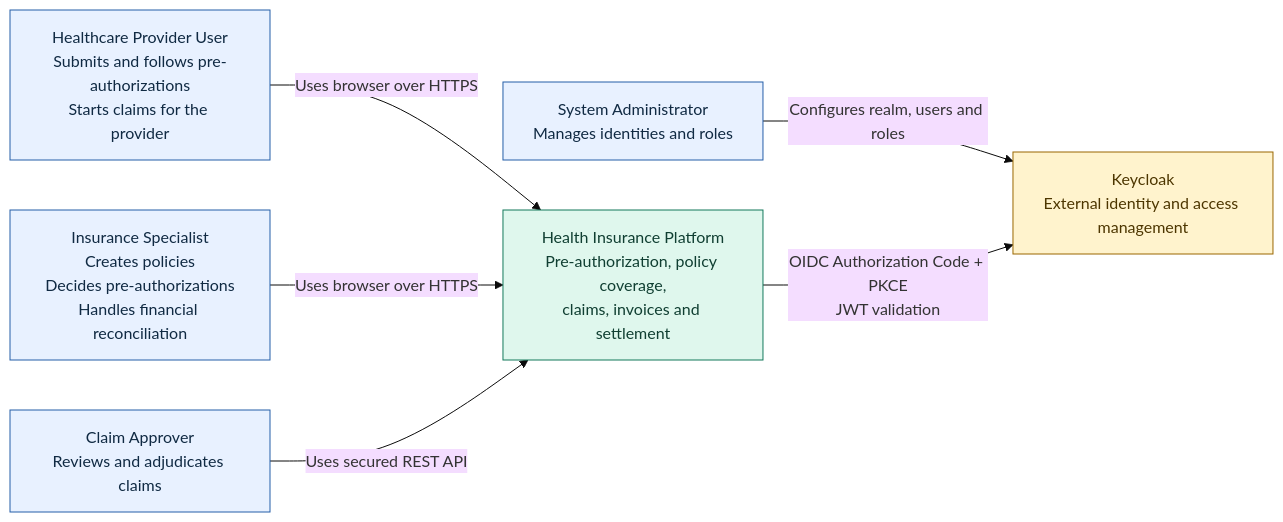
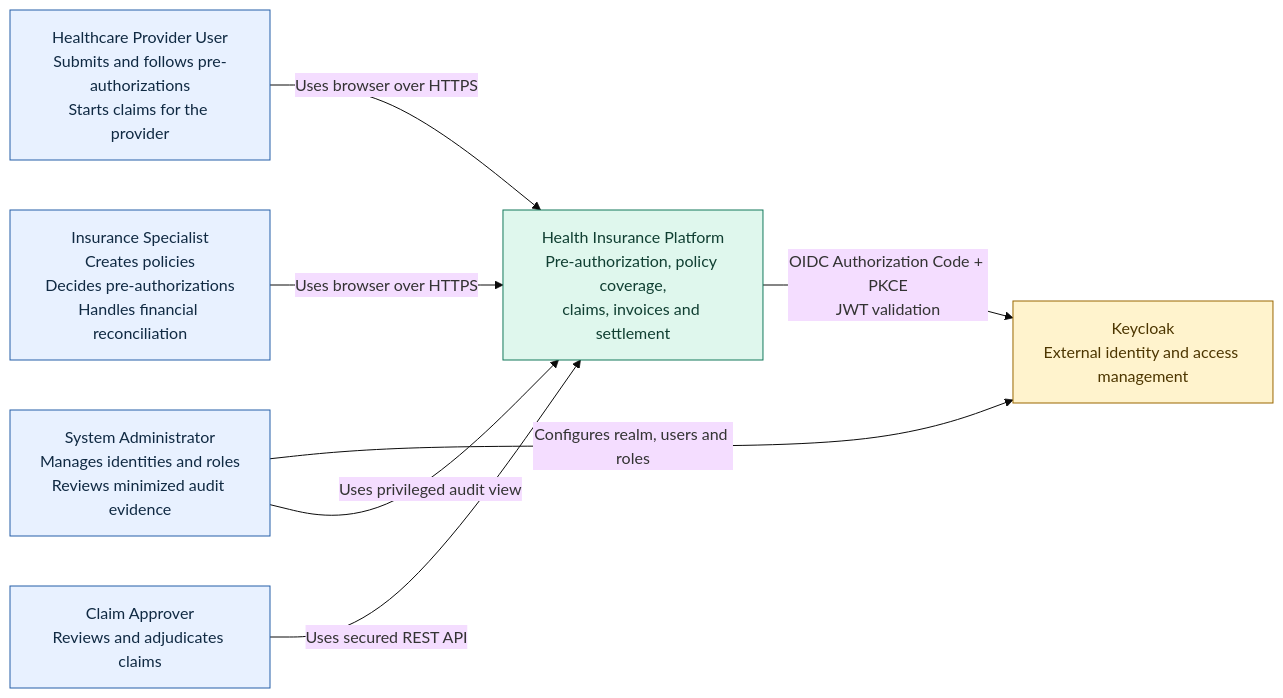
One commit to aydindemir1/health-insurance-platform changed the diagram in docs/architecture/c4-context.md. Above: the diagram before and after it, drawn with Mermaid (base theme). The commit also changed other lines of this file and 12 other files, not shown here.

````diff
--- a/docs/architecture/c4-context.md
+++ b/docs/architecture/c4-context.md
@@ -7,23 +6,24 @@
 ```mermaid
 flowchart LR
     HU["Healthcare Provider User<br/>Submits and follows pre-authorizations<br/>Starts claims for the provider"]
     IS["Insurance Specialist<br/>Creates policies<br/>Decides pre-authorizations<br/>Handles financial reconciliation"]
     CA["Claim Approver<br/>Reviews and adjudicates claims"]
-    SA["System Administrator<br/>Manages identities and roles"]
+    SA["System Administrator<br/>Manages identities and roles<br/>Reviews minimized audit evidence"]
 
     HIP["Health Insurance Platform<br/>Pre-authorization, policy coverage,<br/>claims, invoices and settlement"]
     KC["Keycloak<br/>External identity and access management"]
 
     HU -->|"Uses browser over HTTPS"| HIP
     IS -->|"Uses browser over HTTPS"| HIP
     CA -->|"Uses secured REST API"| HIP
     SA -->|"Configures realm, users and roles"| KC
+    SA -->|"Uses privileged audit view"| HIP
     HIP -->|"OIDC Authorization Code + PKCE<br/>JWT validation"| KC
 
     classDef person fill:#e8f1ff,stroke:#245ea8,color:#102a43
     classDef system fill:#dff7ed,stroke:#13795b,color:#103f32
     classDef external fill:#fff3cd,stroke:#9a6700,color:#4d3600
     class HU,IS,CA,SA person
     class HIP system
     class KC external
 ```
````
